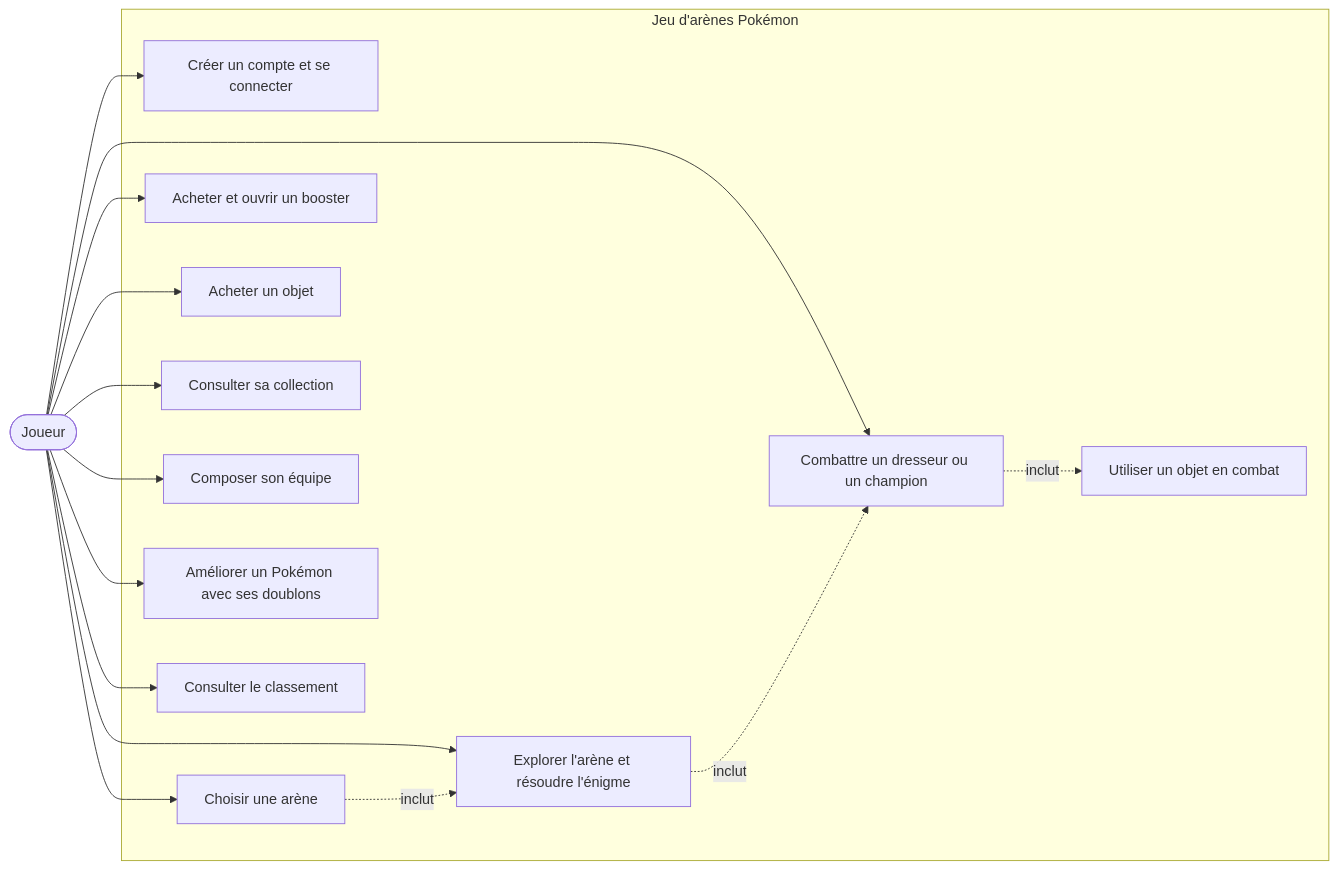
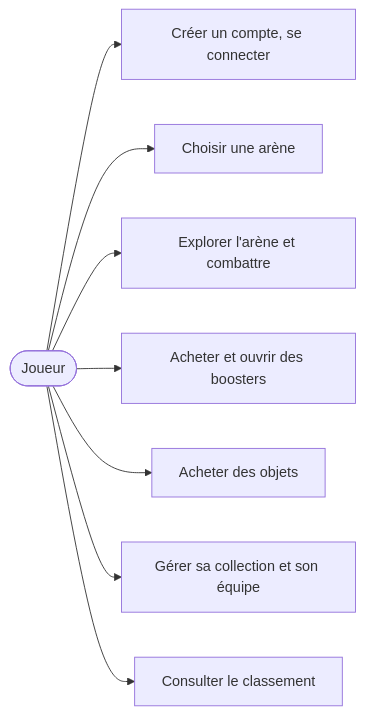
Before and after one commit to clementbas/Pok-Arena: the second of 3 diagrams in specification-technique.md, drawn with Mermaid. The commit also changed other lines of this file, not shown here.

````diff
--- a/specification-technique.md
+++ b/specification-technique.md
@@ -420,30 +180,11 @@
 ```mermaid
 flowchart LR
     J(["Joueur"])
-    subgraph SYS["Jeu d'arènes Pokémon"]
-        UC1["Créer un compte et se connecter"]
-        UC2["Choisir une arène"]
-        UC3["Explorer l'arène et résoudre l'énigme"]
-        UC4["Combattre un dresseur ou un champion"]
-        UC5["Utiliser un objet en combat"]
-        UC6["Acheter et ouvrir un booster"]
-        UC7["Acheter un objet"]
-        UC8["Consulter sa collection"]
-        UC9["Composer son équipe"]
-        UC10["Améliorer un Pokémon avec ses doublons"]
-        UC11["Consulter le classement"]
-    end
-    J --> UC1
-    J --> UC2
-    J --> UC3
-    J --> UC4
-    J --> UC6
-    J --> UC7
-    J --> UC8
-    J --> UC9
-    J --> UC10
-    J --> UC11
-    UC4 -. "inclut" .-> UC5
-    UC2 -. "inclut" .-> UC3
-    UC3 -. "inclut" .-> UC4
+    J --> A["Créer un compte, se connecter"]
+    J --> B["Choisir une arène"]
+    J --> C["Explorer l'arène et combattre"]
+    J --> D["Acheter et ouvrir des boosters"]
+    J --> E["Acheter des objets"]
+    J --> F["Gérer sa collection et son équipe"]
+    J --> G["Consulter le classement"]
 ```
````
